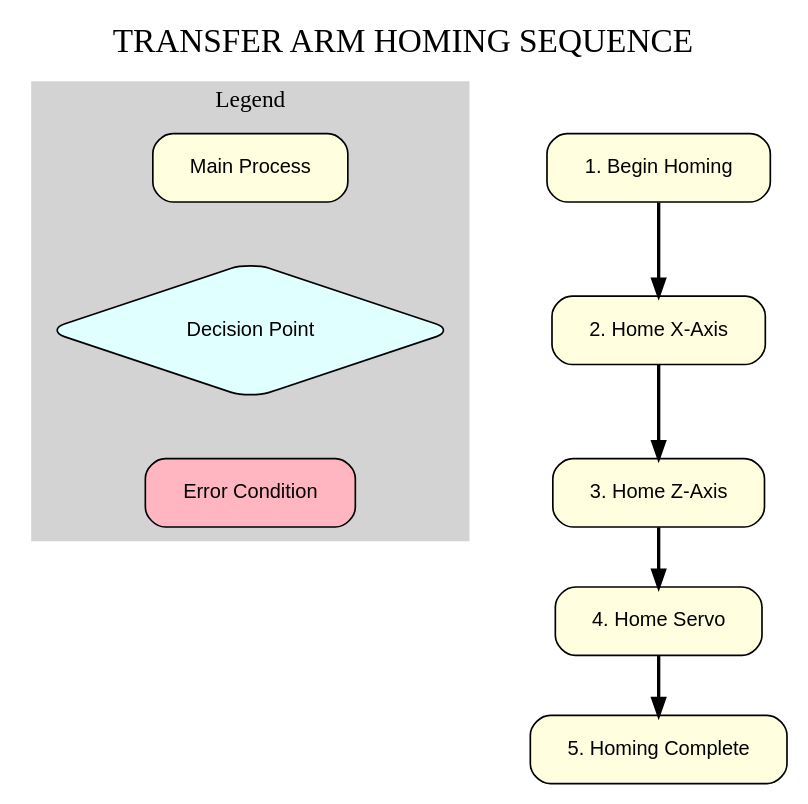
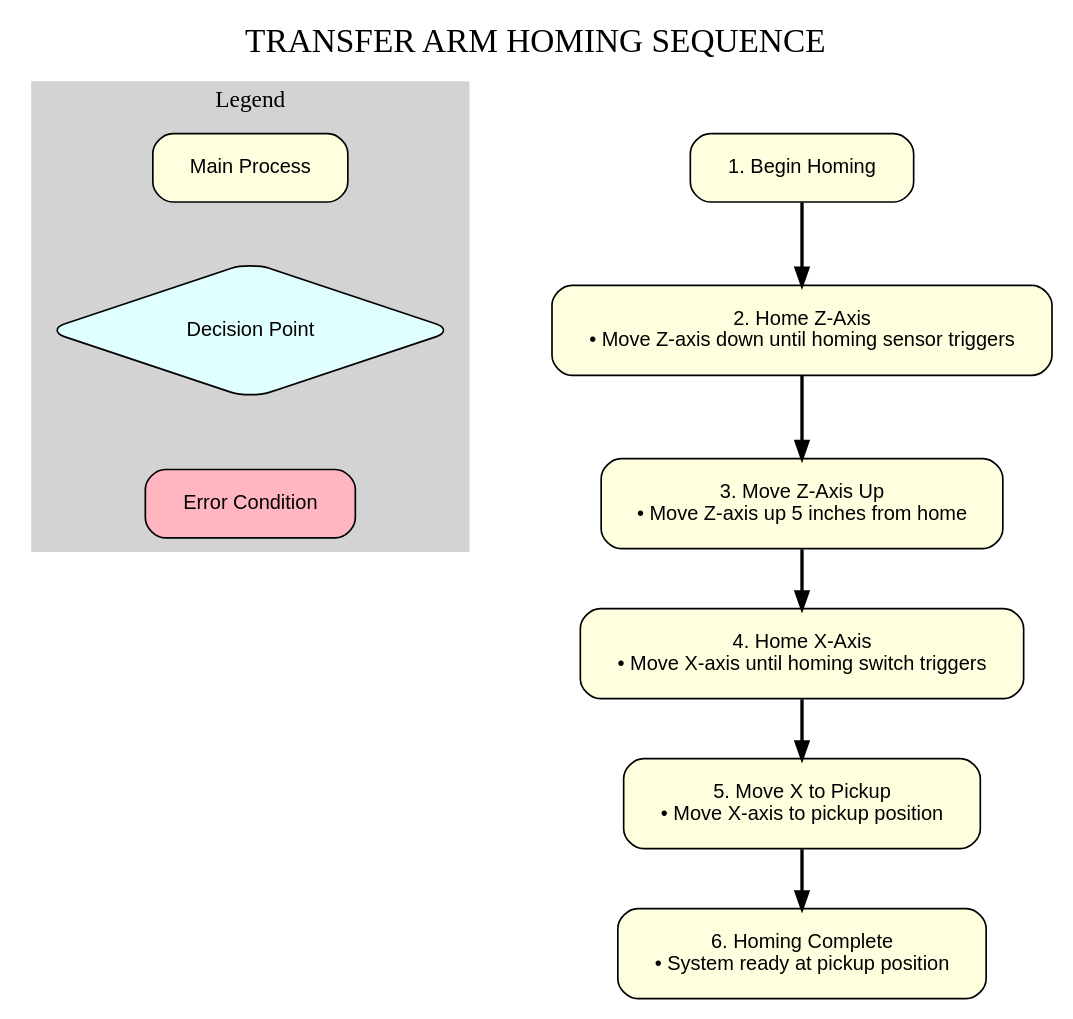
The diagram in homing_flowchart.dot (akivaweil/Transfer-Arm-TA-Mar25), drawn with Graphviz before and after one commit. The commit also changed 2 other files, not shown here.

Commit message:
Updated homing sequence to user specifications: Z axis homes then moves up 5 inches, X axis homes then moves to pickup position

```diff
--- a/homing_flowchart.dot
+++ b/homing_flowchart.dot
@@ -1,40 +1,47 @@
 digraph "Transfer_Arm_Homing_Flow" {
     // Graph settings
     graph [fontname="Arial", ranksep=0.5, nodesep=0.8, splines=true];
     node [fontname="Arial", fontsize=12, style="filled,rounded", shape=box, margin="0.3,0.2"];
     edge [fontname="Arial", fontsize=10, penwidth=2];
     
     // Title
     labelloc="t";
     label="TRANSFER ARM HOMING SEQUENCE";
     fontsize=20;
     fontname="Arial Bold";
     
     // Legend
     subgraph cluster_legend {
         label="Legend";
         style=filled;
         color=lightgrey;
         fontsize=14;
         
         legend_main [label="Main Process", fillcolor=lightyellow];
         legend_check [label="Decision Point", fillcolor=lightcyan, shape=diamond];
         legend_error [label="Error Condition", fillcolor=lightpink];
         
         legend_main -> legend_check [style=invis];
         legend_check -> legend_error [style=invis];
     }
 
     // Nodes
     start_homing [label="1. Begin Homing", fillcolor=lightyellow];
-    home_x [label="2. Home X-Axis", fillcolor=lightyellow];
-    home_z [label="3. Home Z-Axis", fillcolor=lightyellow];
-    home_servo [label="4. Home Servo", fillcolor=lightyellow];
-    homing_complete [label="5. Homing Complete", fillcolor=lightyellow];
+    
+    home_z [label="2. Home Z-Axis\n• Move Z-axis down until homing sensor triggers", fillcolor=lightyellow];
+    
+    move_z_up [label="3. Move Z-Axis Up\n• Move Z-axis up 5 inches from home", fillcolor=lightyellow];
+    
+    home_x [label="4. Home X-Axis\n• Move X-axis until homing switch triggers", fillcolor=lightyellow];
+    
+    move_x_pickup [label="5. Move X to Pickup\n• Move X-axis to pickup position", fillcolor=lightyellow];
+    
+    homing_complete [label="6. Homing Complete\n• System ready at pickup position", fillcolor=lightyellow];
     
     // Edges
-    start_homing -> home_x;
-    home_x -> home_z;
-    home_z -> home_servo;
-    home_servo -> homing_complete;
+    start_homing -> home_z;
+    home_z -> move_z_up;
+    move_z_up -> home_x;
+    home_x -> move_x_pickup;
+    move_x_pickup -> homing_complete;
 } 
```
